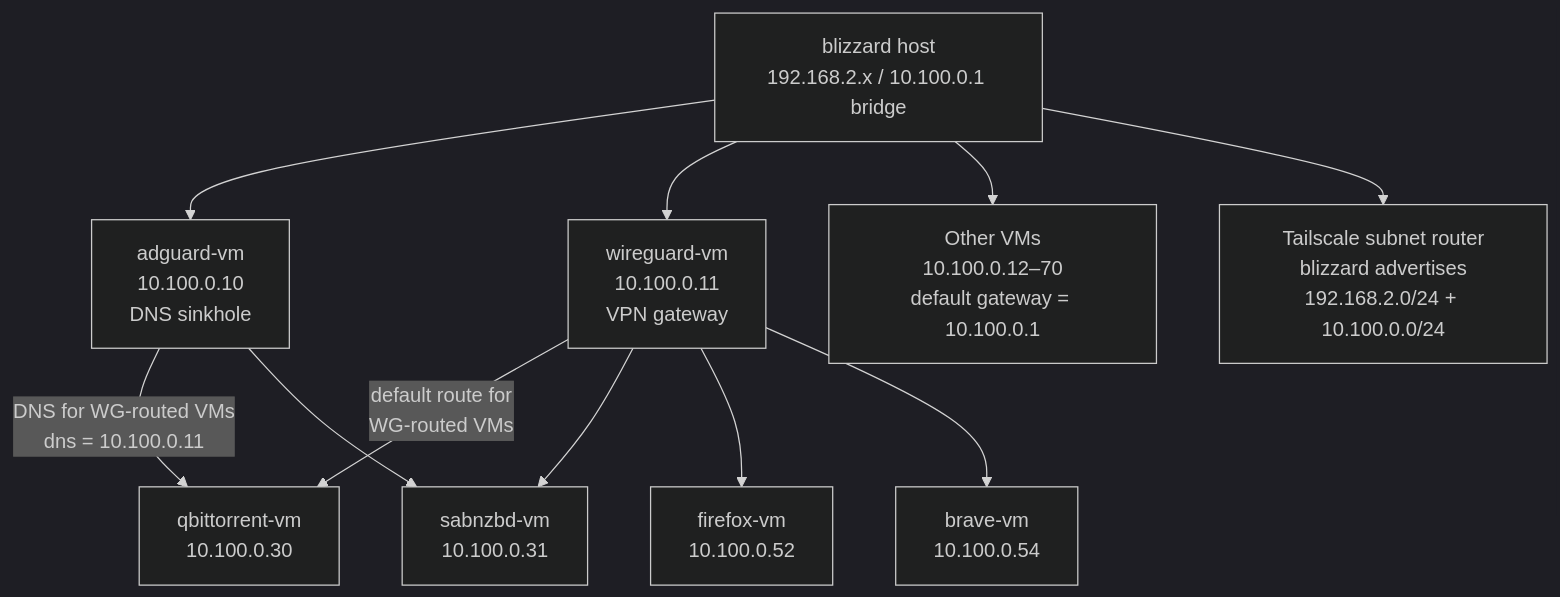
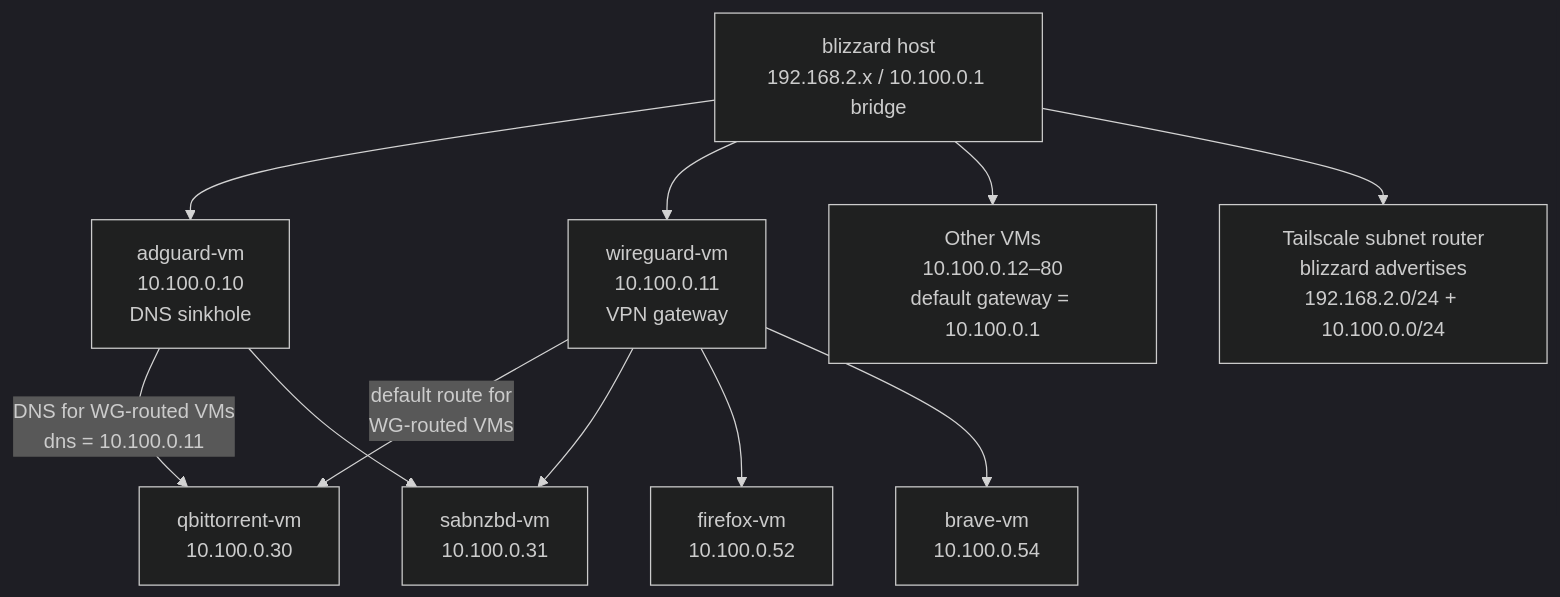
Before and after one commit to telometto/nix-config: the tenth of 10 diagrams in docs/Project_Architecture_Blueprint.md, drawn with Mermaid (dark theme). The commit also changed other lines of this file and 7 other files, not shown here.

````diff
--- a/docs/Project_Architecture_Blueprint.md
+++ b/docs/Project_Architecture_Blueprint.md
@@ -411,27 +421,27 @@
 ```mermaid
 flowchart TD
     HOST["blizzard host\n192.168.2.x / 10.100.0.1 bridge"]
     ADG["adguard-vm\n10.100.0.10\nDNS sinkhole"]
     WG["wireguard-vm\n10.100.0.11\nVPN gateway"]
-    REST["Other VMs\n10.100.0.12–70\ndefault gateway = 10.100.0.1"]
+    REST["Other VMs\n10.100.0.12–80\ndefault gateway = 10.100.0.1"]
 
     HOST --> ADG
     HOST --> WG
     HOST --> REST
 
     QB["qbittorrent-vm\n10.100.0.30"]
     SAB["sabnzbd-vm\n10.100.0.31"]
     FF["firefox-vm\n10.100.0.52"]
     BR["brave-vm\n10.100.0.54"]
 
     WG -->|"default route for\nWG-routed VMs"| QB
     WG --> SAB
     WG --> FF
     WG --> BR
 
     ADG -->|"DNS for WG-routed VMs\ndns = 10.100.0.11"| QB
     ADG --> SAB
 
     TS["Tailscale subnet router\nblizzard advertises\n192.168.2.0/24 + 10.100.0.0/24"]
     HOST --> TS
 ```
````
